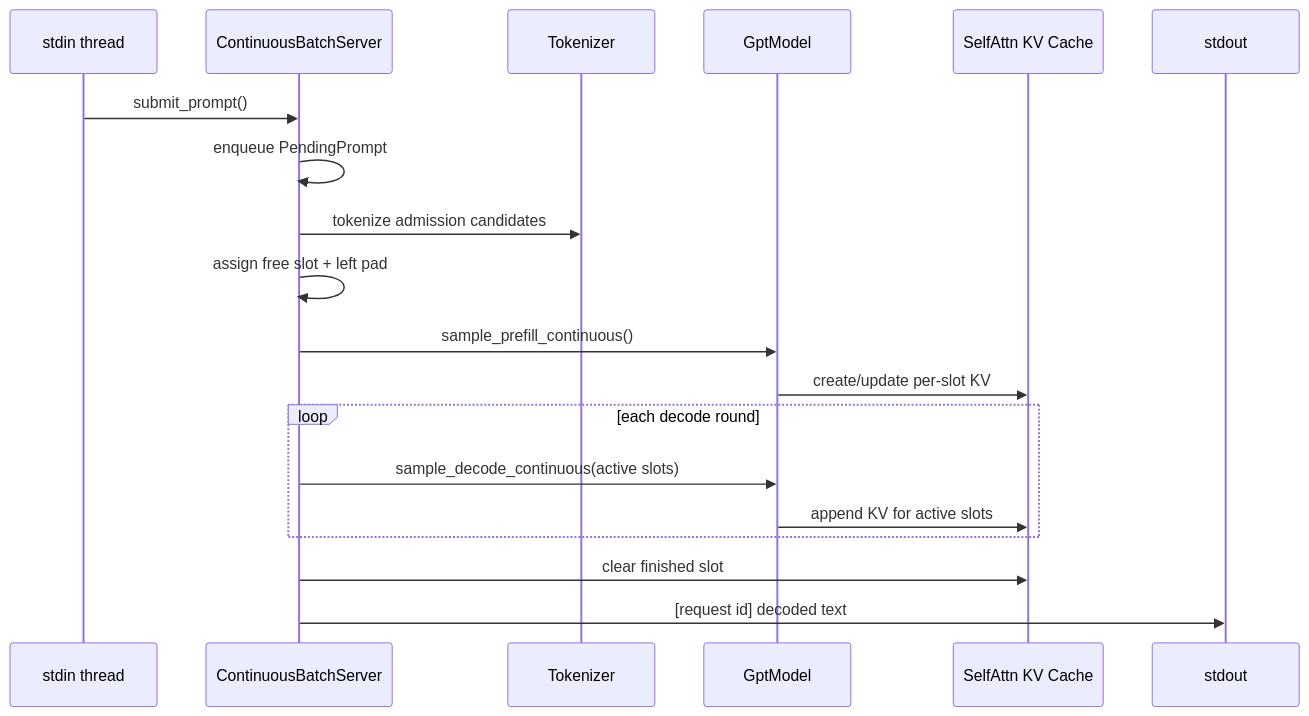
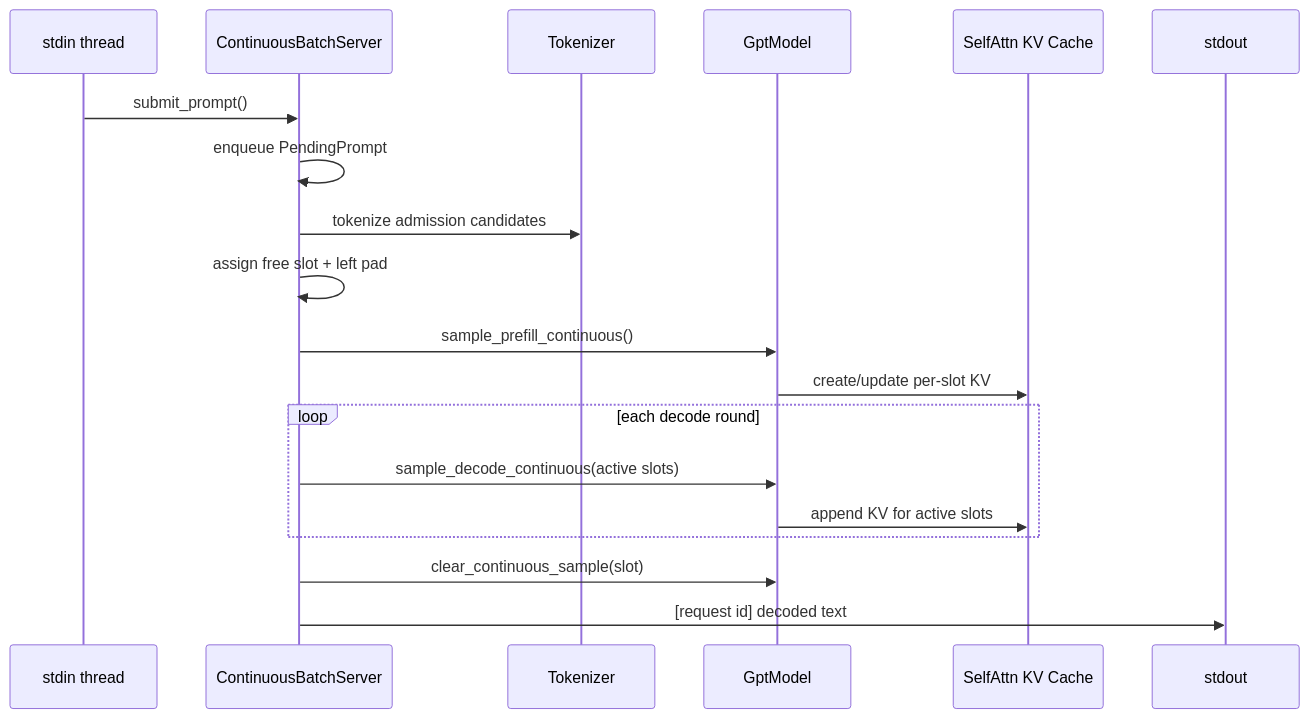
The seventh of 9 diagrams in my/docs/easy_llm_guide.zh-CN.md (eagle-dai/easy_llm.cpp), drawn with Mermaid before and after one commit. The commit also changed other lines of this file, not shown here.

Commit message:
docs: fix architecture boundaries and strengthen state ownership

````diff
--- a/my/docs/easy_llm_guide.zh-CN.md
+++ b/my/docs/easy_llm_guide.zh-CN.md
@@ -1044,22 +1161,22 @@
 ```mermaid
 sequenceDiagram
     participant I as stdin thread
     participant S as ContinuousBatchServer
     participant T as Tokenizer
     participant G as GptModel
     participant K as SelfAttn KV Cache
     participant O as stdout
 
     I->>S: submit_prompt()
     S->>S: enqueue PendingPrompt
     S->>T: tokenize admission candidates
     S->>S: assign free slot + left pad
     S->>G: sample_prefill_continuous()
     G->>K: create/update per-slot KV
     loop each decode round
         S->>G: sample_decode_continuous(active slots)
         G->>K: append KV for active slots
     end
-    S->>K: clear finished slot
+    S->>G: clear_continuous_sample(slot)
     S->>O: [request id] decoded text
 ```
````
